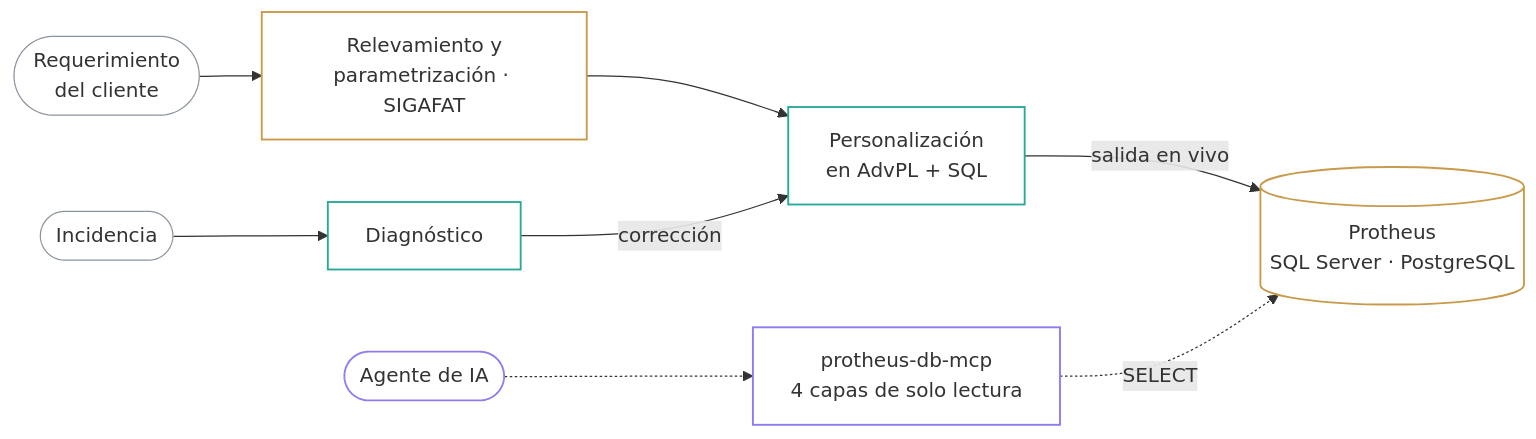
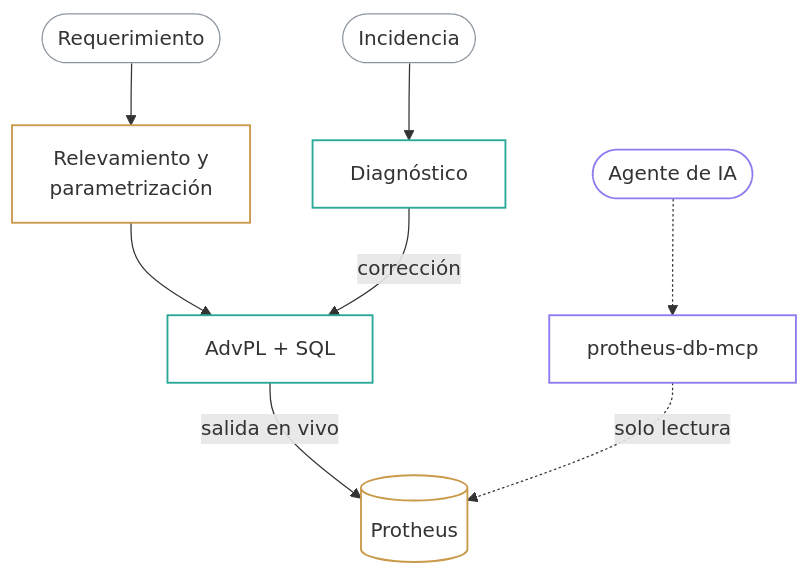
The diagram in README.md (Mario-pereyra/Mario-pereyra), drawn with Mermaid before and after one commit. The commit also changed other lines of this file, not shown here.

Commit message:
Pasa el diagrama mermaid a vertical con etiquetas cortas
En GitHub las etiquetas largas se partían («protheus-db-» / «mcp») y los
controles de zoom tapaban el nodo de la base. Vertical, el diagrama queda
angosto y centrado; el detalle pasa al texto de abajo.

````diff
--- a/README.md
+++ b/README.md
@@ -32,15 +32,15 @@
 ```mermaid
-flowchart LR
-    R(["Requerimiento<br/>del cliente"]):::cliente --> P["Relevamiento y<br/>parametrización · SIGAFAT"]:::erp
+flowchart TB
+    R(["Requerimiento"]):::cliente --> P["Relevamiento y<br/>parametrización"]:::erp
     I(["Incidencia"]):::cliente --> D["Diagnóstico"]:::codigo
-    P --> C["Personalización<br/>en AdvPL + SQL"]:::codigo
+    A(["Agente de IA"]):::ia -.-> M["protheus-db-mcp"]:::ia
+    P --> C["AdvPL + SQL"]:::codigo
     D -->|corrección| C
-    C -->|salida en vivo| B[("Protheus<br/>SQL Server · PostgreSQL")]:::erp
-    A(["Agente de IA"]):::ia -.-> M["protheus-db-mcp<br/>4 capas de solo lectura"]:::ia
-    M -.->|SELECT| B
+    C -->|salida en vivo| B[("Protheus")]:::erp
+    M -.->|solo lectura| B
 
     classDef cliente fill:transparent,stroke:#8b949e,stroke-width:1px
     classDef erp fill:transparent,stroke:#c99a4a,stroke-width:1.5px
     classDef codigo fill:transparent,stroke:#2aa898,stroke-width:1.5px
     classDef ia fill:transparent,stroke:#8b7cf0,stroke-width:1.5px
 ```
````
